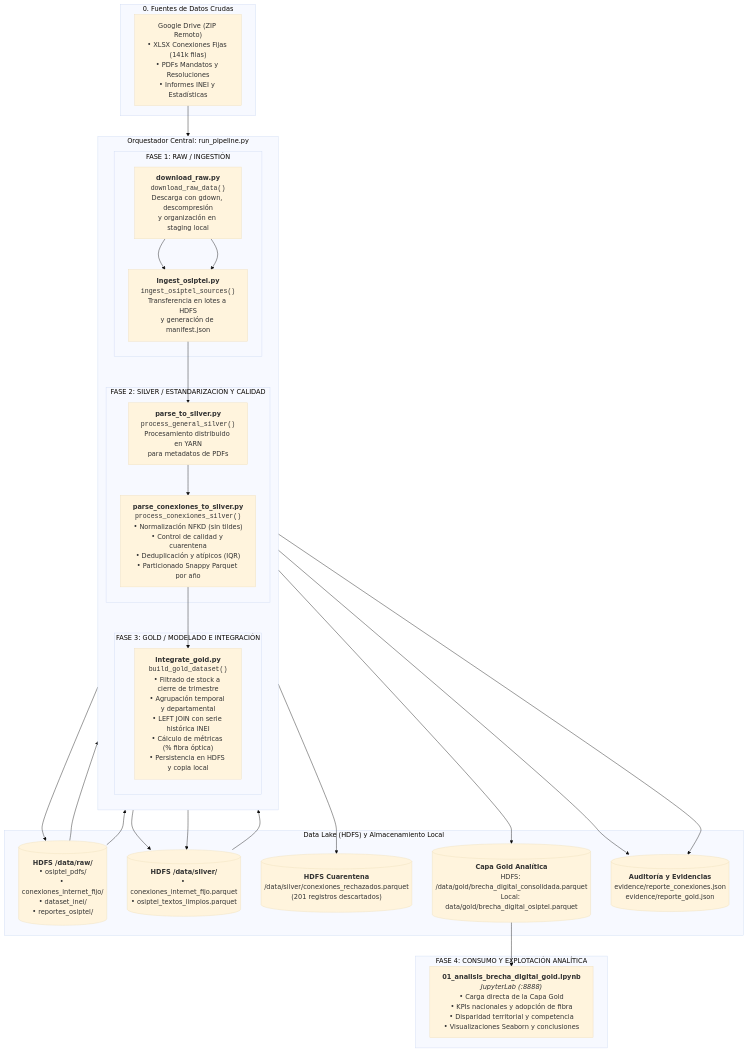
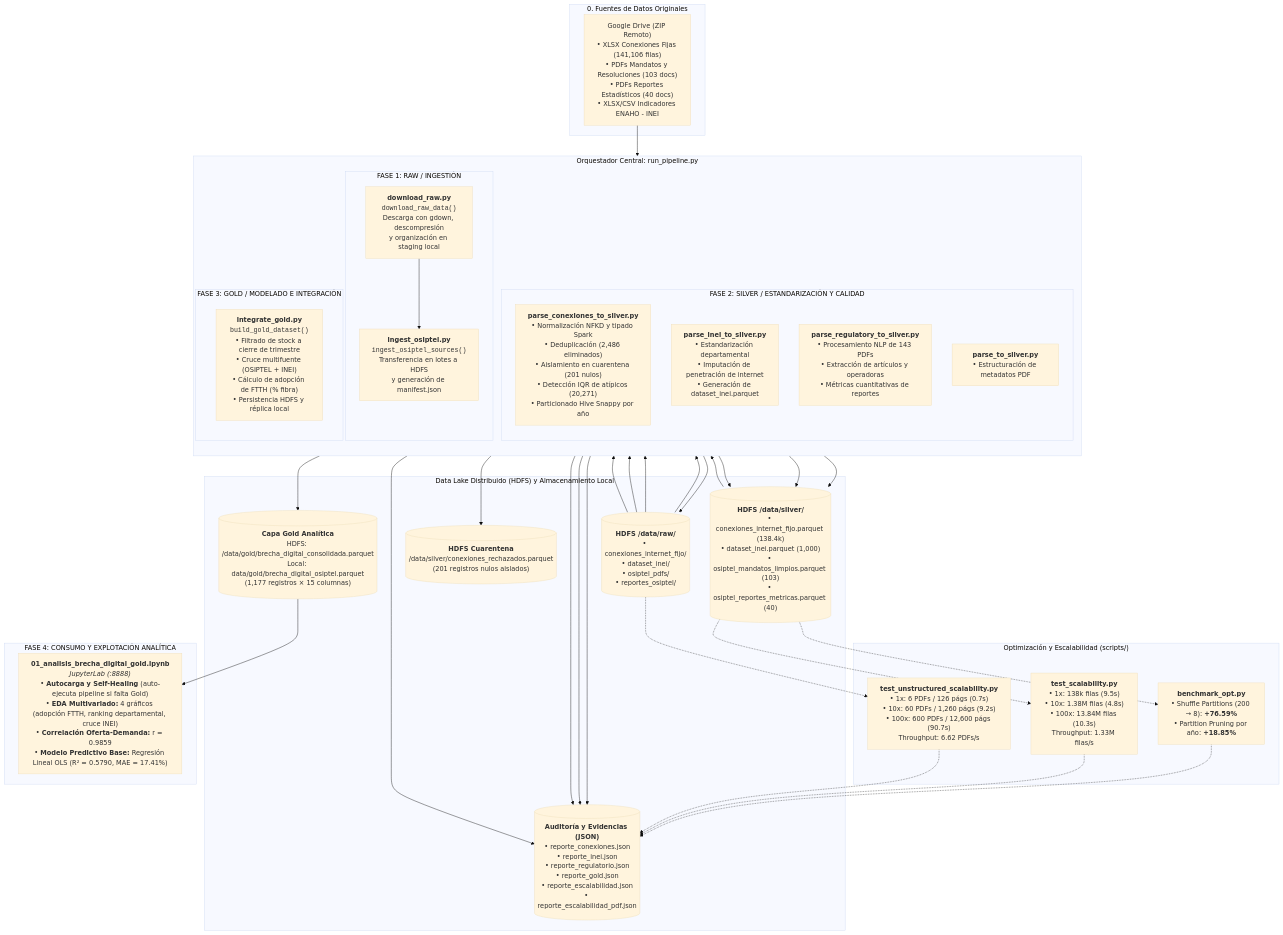
Before and after one commit to BeennSn/bigdata-osiptel-brecha-digital: the diagram in README.md, drawn with Mermaid (base theme). The commit also changed other lines of this file, not shown here.

Commit message:
docs: actualizar README y diagrama de arquitectura con modulos regulatorios, benchmarks y modelo predictivo

````diff
--- a/README.md
+++ b/README.md
@@ -23,57 +23,72 @@
 ```mermaid
 flowchart TD
-    subgraph Fuentes["0. Fuentes de Datos Crudas"]
-        GDrive["Google Drive (ZIP Remoto)<br>• XLSX Conexiones Fijas (141k filas)<br>• PDFs Mandatos y Resoluciones<br>• Informes INEI y Estadísticas"]
+    subgraph Fuentes["0. Fuentes de Datos Originales"]
+        GDrive["Google Drive (ZIP Remoto)<br>• XLSX Conexiones Fijas (141,106 filas)<br>• PDFs Mandatos y Resoluciones (103 docs)<br>• PDFs Reportes Estadísticos (40 docs)<br>• XLSX/CSV Indicadores ENAHO - INEI"]
     end
 
     subgraph Orquestador["Orquestador Central: run_pipeline.py"]
         direction TB
 
         subgraph Fase1["FASE 1: RAW / INGESTIÓN"]
             D1["<b>download_raw.py</b><br><code>download_raw_data()</code><br>Descarga con gdown, descompresión<br>y organización en staging local"]
             D2["<b>ingest_osiptel.py</b><br><code>ingest_osiptel_sources()</code><br>Transferencia en lotes a HDFS<br>y generación de manifest.json"]
         end
 
         subgraph Fase2["FASE 2: SILVER / ESTANDARIZACIÓN Y CALIDAD"]
-            P1["<b>parse_to_silver.py</b><br><code>process_general_silver()</code><br>Procesamiento distribuido en YARN<br>para metadatos de PDFs"]
-            P2["<b>parse_conexiones_to_silver.py</b><br><code>process_conexiones_silver()</code><br>• Normalización NFKD (sin tildes)<br>• Control de calidad y cuarentena<br>• Deduplicación y atípicos (IQR)<br>• Particionado Snappy Parquet por año"]
+            P1["<b>parse_conexiones_to_silver.py</b><br>• Normalización NFKD y tipado Spark<br>• Deduplicación (2,486 eliminados)<br>• Aislamiento en cuarentena (201 nulos)<br>• Detección IQR de atípicos (20,271)<br>• Particionado Hive Snappy por año"]
+            P2["<b>parse_inei_to_silver.py</b><br>• Estandarización departamental<br>• Imputación de penetración de internet<br>• Generación de dataset_inei.parquet"]
+            P3["<b>parse_regulatory_to_silver.py</b><br>• Procesamiento NLP de 143 PDFs<br>• Extracción de artículos y operadoras<br>• Métricas cuantitativas de reportes"]
+            P4["<b>parse_to_silver.py</b><br>• Estructuración de metadatos PDF"]
         end
 
         subgraph Fase3["FASE 3: GOLD / MODELADO E INTEGRACIÓN"]
-            G1["<b>integrate_gold.py</b><br><code>build_gold_dataset()</code><br>• Filtrado de stock a cierre de trimestre<br>• Agrupación temporal y departamental<br>• LEFT JOIN con serie histórica INEI<br>• Cálculo de métricas (% fibra óptica)<br>• Persistencia en HDFS y copia local"]
+            G1["<b>integrate_gold.py</b><br><code>build_gold_dataset()</code><br>• Filtrado de stock a cierre de trimestre<br>• Cruce multifuente (OSIPTEL + INEI)<br>• Cálculo de adopción de FTTH (% fibra)<br>• Persistencia HDFS y réplica local"]
         end
     end
 
-    subgraph DataLake["Data Lake (HDFS) y Almacenamiento Local"]
-        HDFS_Raw[("<b>HDFS /data/raw/</b><br>• osiptel_pdfs/<br>• conexiones_internet_fijo/<br>• dataset_inei/<br>• reportes_osiptel/")]
-        HDFS_Silver[("<b>HDFS /data/silver/</b><br>• conexiones_internet_fijo.parquet<br>• osiptel_textos_limpios.parquet")]
-        HDFS_Quarantine[("<b>HDFS Cuarentena</b><br>/data/silver/conexiones_rechazados.parquet<br>(201 registros descartados)")]
-        Local_Gold[("<b>Capa Gold Analítica</b><br>HDFS: /data/gold/brecha_digital_consolidada.parquet<br>Local: data/gold/brecha_digital_osiptel.parquet")]
-        Evidencia[("<b>Auditoría y Evidencias</b><br>evidence/reporte_conexiones.json<br>evidence/reporte_gold.json")]
+    subgraph DataLake["Data Lake Distribuido (HDFS) y Almacenamiento Local"]
+        HDFS_Raw[("<b>HDFS /data/raw/</b><br>• conexiones_internet_fijo/<br>• dataset_inei/<br>• osiptel_pdfs/<br>• reportes_osiptel/")]
+        HDFS_Silver[("<b>HDFS /data/silver/</b><br>• conexiones_internet_fijo.parquet (138.4k)<br>• dataset_inei.parquet (1,000)<br>• osiptel_mandatos_limpios.parquet (103)<br>• osiptel_reportes_metricas.parquet (40)")]
+        HDFS_Quarantine[("<b>HDFS Cuarentena</b><br>/data/silver/conexiones_rechazados.parquet<br>(201 registros nulos aislados)")]
+        Local_Gold[("<b>Capa Gold Analítica</b><br>HDFS: /data/gold/brecha_digital_consolidada.parquet<br>Local: data/gold/brecha_digital_osiptel.parquet<br>(1,177 registros × 15 columnas)")]
+        Evidencias[("<b>Auditoría y Evidencias (JSON)</b><br>• reporte_conexiones.json<br>• reporte_inei.json<br>• reporte_regulatorio.json<br>• reporte_gold.json<br>• reporte_escalabilidad.json<br>• reporte_escalabilidad_pdf.json")]
+    end
+
+    subgraph Benchmarks["Optimización y Escalabilidad (scripts/)"]
+        B1["<b>benchmark_opt.py</b><br>• Shuffle Partitions (200 → 8): <b>+76.59%</b><br>• Partition Pruning por año: <b>+18.85%</b>"]
+        B2["<b>test_scalability.py</b><br>• 1x: 138k filas (9.5s)<br>• 10x: 1.38M filas (4.8s)<br>• 100x: 13.84M filas (10.3s)<br>Throughput: 1.33M filas/s"]
+        B3["<b>test_unstructured_scalability.py</b><br>• 1x: 6 PDFs / 126 págs (0.7s)<br>• 10x: 60 PDFs / 1,260 págs (9.2s)<br>• 100x: 600 PDFs / 12,600 págs (90.7s)<br>Throughput: 6.62 PDFs/s"]
     end
 
     subgraph Consumo["FASE 4: CONSUMO Y EXPLOTACIÓN ANALÍTICA"]
-        Jupyter["<b>01_analisis_brecha_digital_gold.ipynb</b><br><i>JupyterLab (:8888)</i><br>• Carga directa de la Capa Gold<br>• KPIs nacionales y adopción de fibra<br>• Disparidad territorial y competencia<br>• Visualizaciones Seaborn y conclusiones"]
+        Jupyter["<b>01_analisis_brecha_digital_gold.ipynb</b><br><i>JupyterLab (:8888)</i><br>• <b>Autocarga y Self-Healing</b> (auto-ejecuta pipeline si falta Gold)<br>• <b>EDA Multivariado:</b> 4 gráficos (adopción FTTH, ranking departamental, cruce INEI)<br>• <b>Correlación Oferta-Demanda:</b> r = 0.9859<br>• <b>Modelo Predictivo Base:</b> Regresión Lineal OLS (R² = 0.5790, MAE = 17.41%)"]
     end
 
-    %% Conexiones de datos
+    %% Flujo de datos
     GDrive --> D1
     D1 --> D2
     D2 --> HDFS_Raw
     HDFS_Raw --> P1
     HDFS_Raw --> P2
+    HDFS_Raw --> P3
+    HDFS_Raw --> P4
+    P1 --> HDFS_Silver
+    P1 --> HDFS_Quarantine
+    P1 --> Evidencias
     P2 --> HDFS_Silver
-    P2 --> HDFS_Quarantine
-    P2 --> Evidencia
-    P1 --> HDFS_Silver
+    P2 --> Evidencias
+    P3 --> HDFS_Silver
+    P3 --> Evidencias
     HDFS_Silver --> G1
     G1 --> Local_Gold
-    G1 --> Evidencia
+    G1 --> Evidencias
     Local_Gold --> Jupyter
 
-    %% Secuencia del orquestador
-    D1 --> D2
-    D2 --> P1
-    P1 --> P2
-    P2 --> G1
+    %% Benchmarks y validaciones
+    HDFS_Silver -.-> B1
+    HDFS_Silver -.-> B2
+    HDFS_Raw -.-> B3
+    B1 -.-> Evidencias
+    B2 -.-> Evidencias
+    B3 -.-> Evidencias
 ```
````
